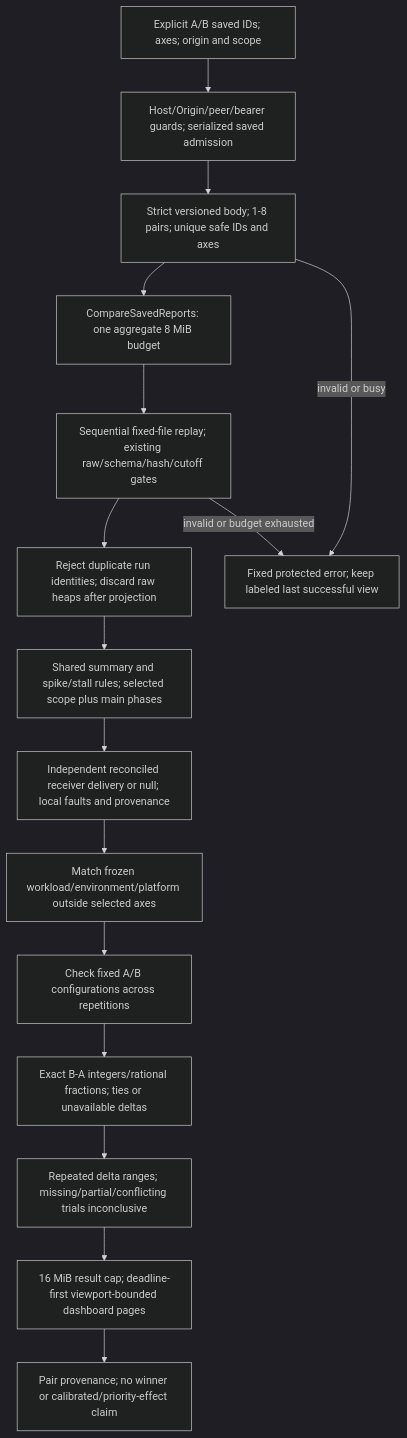
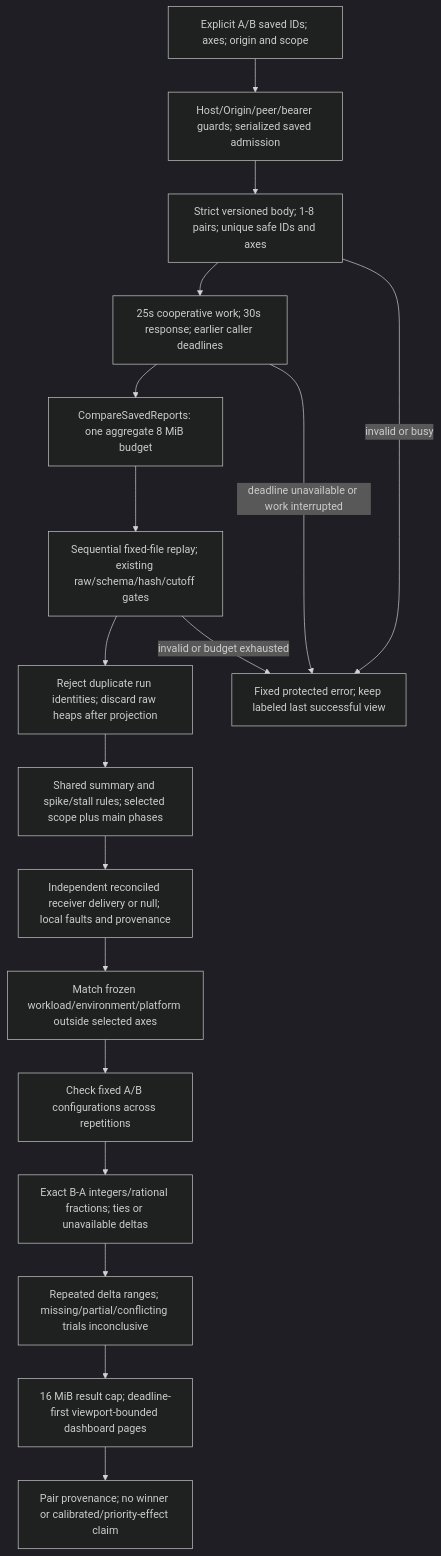
One commit to rashidbestry/sneaky-port changed diagram 23 of 30 in FLOWCHART.md. Above: the diagram before and after it, drawn with Mermaid (dark theme). The commit also changed other lines of this file and 8 other files, not shown here.

````diff
--- a/FLOWCHART.md
+++ b/FLOWCHART.md
@@ -593,18 +595,20 @@
 ```mermaid
 flowchart TD
     A[Explicit A/B saved IDs; axes; origin and scope] --> B[Host/Origin/peer/bearer guards; serialized saved admission]
     B --> C[Strict versioned body; 1-8 pairs; unique safe IDs and axes]
-    C --> D[CompareSavedReports: one aggregate 8 MiB budget]
+    C --> T[25s cooperative work; 30s response; earlier caller deadlines]
+    T --> D[CompareSavedReports: one aggregate 8 MiB budget]
     D --> E[Sequential fixed-file replay; existing raw/schema/hash/cutoff gates]
     E --> F[Reject duplicate run identities; discard raw heaps after projection]
     F --> G[Shared summary and spike/stall rules; selected scope plus main phases]
     G --> H[Independent reconciled receiver delivery or null; local faults and provenance]
     H --> I[Match frozen workload/environment/platform outside selected axes]
     I --> J[Check fixed A/B configurations across repetitions]
     J --> K[Exact B-A integers/rational fractions; ties or unavailable deltas]
     K --> L[Repeated delta ranges; missing/partial/conflicting trials inconclusive]
     L --> M[16 MiB result cap; deadline-first viewport-bounded dashboard pages]
     M --> N[Pair provenance; no winner or calibrated/priority-effect claim]
     C -->|invalid or busy| O[Fixed protected error; keep labeled last successful view]
     E -->|invalid or budget exhausted| O
+    T -->|deadline unavailable or work interrupted| O
 ```
````
